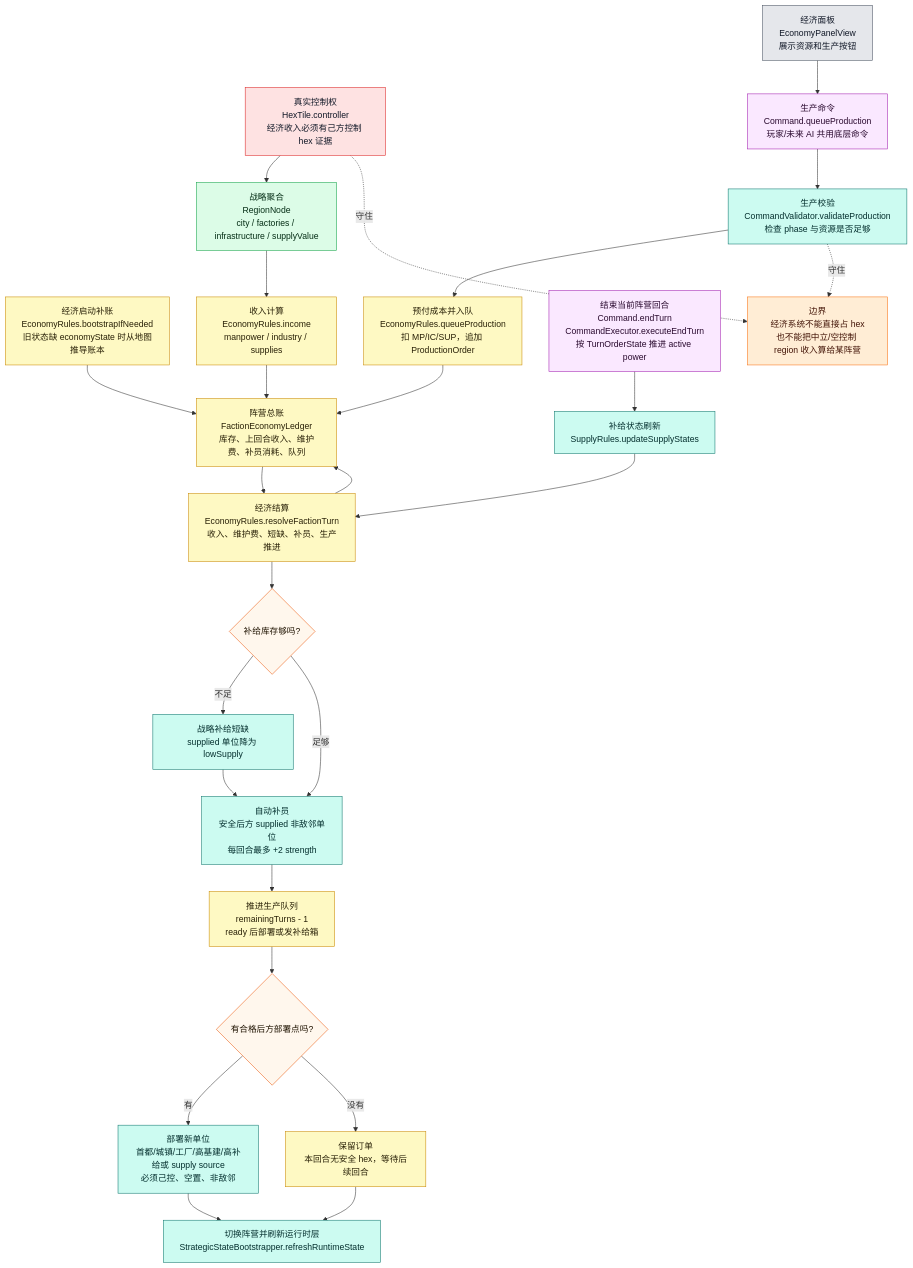
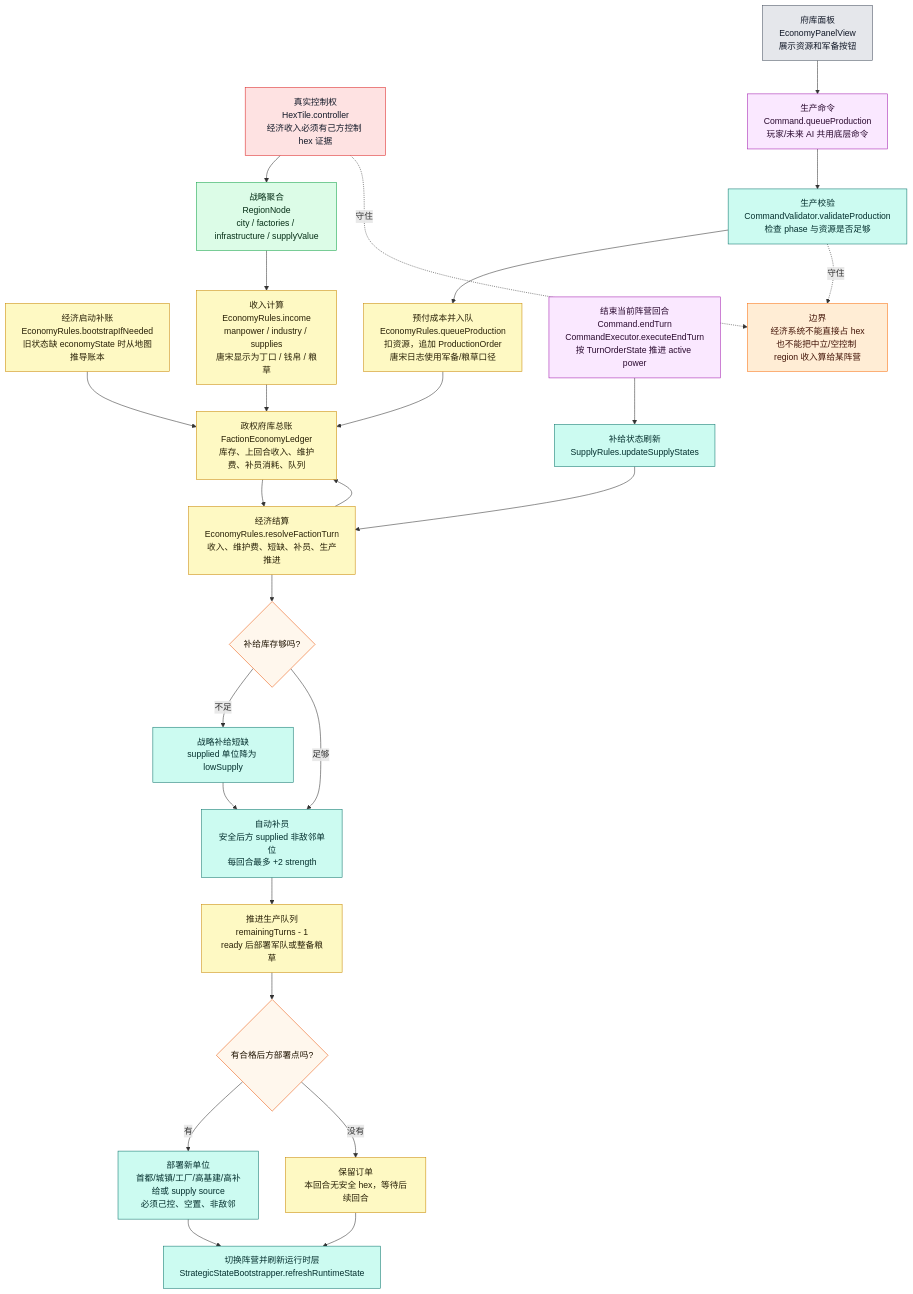
One commit to Altman-sam114/125 changed the third of 9 diagrams in md/flow/flowchart.md. Above: the diagram before and after it, drawn with Mermaid. The commit also changed 12 other files, not shown here.

Commit message:
feat(economy): add Tang Song production labels

````diff
--- a/md/flow/flowchart.md
+++ b/md/flow/flowchart.md
@@ -167,51 +167,51 @@
 ```mermaid
 flowchart TD
     BOOT["经济启动补账<br/>EconomyRules.bootstrapIfNeeded<br/>旧状态缺 economyState 时从地图推导账本"]:::economy
     HEX["真实控制权<br/>HexTile.controller<br/>经济收入必须有己方控制 hex 证据"]:::authority
     REGION["战略聚合<br/>RegionNode<br/>city / factories / infrastructure / supplyValue"]:::derived
-    INCOME["收入计算<br/>EconomyRules.income<br/>manpower / industry / supplies"]:::economy
-    LEDGER["阵营总账<br/>FactionEconomyLedger<br/>库存、上回合收入、维护费、补员消耗、队列"]:::economy
+    INCOME["收入计算<br/>EconomyRules.income<br/>manpower / industry / supplies<br/>唐宋显示为丁口 / 钱帛 / 粮草"]:::economy
+    LEDGER["政权府库总账<br/>FactionEconomyLedger<br/>库存、上回合收入、维护费、补员消耗、队列"]:::economy
 
-    UI["经济面板<br/>EconomyPanelView<br/>展示资源和生产按钮"]:::ui
+    UI["府库面板<br/>EconomyPanelView<br/>展示资源和军备按钮"]:::ui
     QUEUE["生产命令<br/>Command.queueProduction<br/>玩家/未来 AI 共用底层命令"]:::command
     VALIDATE["生产校验<br/>CommandValidator.validateProduction<br/>检查 phase 与资源是否足够"]:::rules
-    PAY["预付成本并入队<br/>EconomyRules.queueProduction<br/>扣 MP/IC/SUP，追加 ProductionOrder"]:::economy
+    PAY["预付成本并入队<br/>EconomyRules.queueProduction<br/>扣资源，追加 ProductionOrder<br/>唐宋日志使用军备/粮草口径"]:::economy
 
     END["结束当前阵营回合<br/>Command.endTurn<br/>CommandExecutor.executeEndTurn<br/>按 TurnOrderState 推进 active power"]:::command
     SUPPLY["补给状态刷新<br/>SupplyRules.updateSupplyStates"]:::rules
     RESOLVE["经济结算<br/>EconomyRules.resolveFactionTurn<br/>收入、维护费、短缺、补员、生产推进"]:::economy
     SHORT{"补给库存够吗?"}:::decision
     LOW["战略补给短缺<br/>supplied 单位降为 lowSupply"]:::rules
     REINF["自动补员<br/>安全后方 supplied 非敌邻单位<br/>每回合最多 +2 strength"]:::rules
-    PROD["推进生产队列<br/>remainingTurns - 1<br/>ready 后部署或发补给箱"]:::economy
+    PROD["推进生产队列<br/>remainingTurns - 1<br/>ready 后部署军队或整备粮草"]:::economy
     DEPLOY{"有合格后方部署点吗?"}:::decision
     SPAWN["部署新单位<br/>首都/城镇/工厂/高基建/高补给或 supply source<br/>必须己控、空置、非敌邻"]:::rules
     WAIT["保留订单<br/>本回合无安全 hex，等待后续回合"]:::economy
     NEXT["切换阵营并刷新运行时层<br/>StrategicStateBootstrapper.refreshRuntimeState"]:::rules
 
     BOOT --> LEDGER
     HEX --> REGION --> INCOME --> LEDGER
     UI --> QUEUE --> VALIDATE --> PAY --> LEDGER
     END --> SUPPLY --> RESOLVE
     LEDGER --> RESOLVE
     RESOLVE --> SHORT
     SHORT -->|不足| LOW --> REINF
     SHORT -->|足够| REINF
     REINF --> PROD --> DEPLOY
     DEPLOY -->|有| SPAWN --> NEXT
     DEPLOY -->|没有| WAIT --> NEXT
     RESOLVE --> LEDGER
 
     WARN["边界<br/>经济系统不能直接占 hex<br/>也不能把中立/空控制 region 收入算给某阵营"]:::warn
     HEX -.守住.-> WARN
     VALIDATE -.守住.-> WARN
 
     classDef authority fill:#fee2e2,stroke:#dc2626,color:#111827
     classDef derived fill:#dcfce7,stroke:#16a34a,color:#052e16
     classDef economy fill:#fef9c3,stroke:#ca8a04,color:#292107
     classDef command fill:#fae8ff,stroke:#a21caf,color:#2a0a2f
     classDef rules fill:#ccfbf1,stroke:#0f766e,color:#042f2e
     classDef decision fill:#fff7ed,stroke:#ea580c,color:#1f1300
     classDef ui fill:#e5e7eb,stroke:#4b5563,color:#111827
     classDef warn fill:#ffedd5,stroke:#f97316,color:#431407
 ```
````
